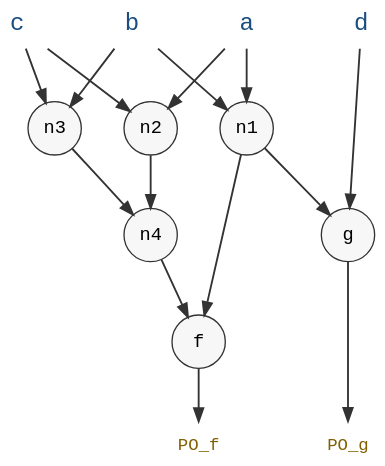
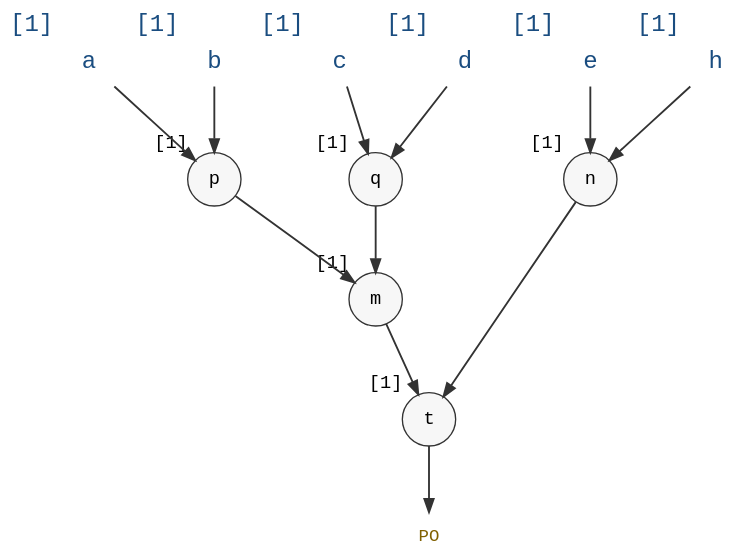
Before and after one commit to cyberseihis/abc-synthesis-notes: the diagram in viz/diagrams/mffc_demo.dot, drawn with Graphviz. The commit also changed 4 other files, not shown here.

```diff
--- a/viz/diagrams/mffc_demo.dot
+++ b/viz/diagrams/mffc_demo.dot
@@ -1,45 +1,47 @@
-// Circuit designed so MFFC(f) is a strict subset of internal ANDs.
-// n1 has fanout 2 (f and g), so it survives the deref of f → not in MFFC.
-// Other internal ANDs (n2, n3, n4) are private to f → in MFFC.
+// Circuit for the MFFC walkthrough.
+// Target node t. Cut for t is {p, q, e, h} — two internal ANDs (p, q)
+// and two PIs (e, h). The boost on cut leaves is what stops the deref
+// from walking past p and q into a, b, c, d.
+//
+// Every node carries an xlabel "[N]" where N is its initial fanout count.
+// Per-step textReplace updates each node's "name\n[count]" to animate
+// the counters as deref/ref decrements them.
 digraph mffc_demo {
     rankdir = TB
-    ranksep = 0.55
-    nodesep = 0.45
+    ranksep = 0.7
+    nodesep = 0.55
     bgcolor = "transparent"
     node [fontname = "monospace", fontsize = 14, color = "#333333"]
     edge [color = "#333333", penwidth = 1.4]
 
     { rank = source
-      a [id="node-a", label="a", shape=plaintext, fontsize=18, fontcolor="#1a4d80"]
-      b [id="node-b", label="b", shape=plaintext, fontsize=18, fontcolor="#1a4d80"]
-      c [id="node-c", label="c", shape=plaintext, fontsize=18, fontcolor="#1a4d80"]
-      d [id="node-d", label="d", shape=plaintext, fontsize=18, fontcolor="#1a4d80"]
+      a [id="node-a", label="a", xlabel="[1]", shape=plaintext, fontsize=18, fontcolor="#1a4d80"]
+      b [id="node-b", label="b", xlabel="[1]", shape=plaintext, fontsize=18, fontcolor="#1a4d80"]
+      c [id="node-c", label="c", xlabel="[1]", shape=plaintext, fontsize=18, fontcolor="#1a4d80"]
+      d [id="node-d", label="d", xlabel="[1]", shape=plaintext, fontsize=18, fontcolor="#1a4d80"]
+      e [id="node-e", label="e", xlabel="[1]", shape=plaintext, fontsize=18, fontcolor="#1a4d80"]
+      h [id="node-h", label="h", xlabel="[1]", shape=plaintext, fontsize=18, fontcolor="#1a4d80"]
     }
 
-    n1 [id="node-n1", label="n1", shape=circle, width=0.55, fixedsize=true, style=filled, fillcolor="#f7f7f7"]
-    n2 [id="node-n2", label="n2", shape=circle, width=0.55, fixedsize=true, style=filled, fillcolor="#f7f7f7"]
-    n3 [id="node-n3", label="n3", shape=circle, width=0.55, fixedsize=true, style=filled, fillcolor="#f7f7f7"]
-    n4 [id="node-n4", label="n4", shape=circle, width=0.55, fixedsize=true, style=filled, fillcolor="#f7f7f7"]
-    f  [id="node-f",  label="f",  shape=circle, width=0.55, fixedsize=true, style=filled, fillcolor="#f7f7f7"]
-    g  [id="node-g",  label="g",  shape=circle, width=0.55, fixedsize=true, style=filled, fillcolor="#f7f7f7"]
+    p [id="node-p", label="p", xlabel="[1]", shape=circle, width=0.55, fixedsize=true, style=filled, fillcolor="#f7f7f7"]
+    q [id="node-q", label="q", xlabel="[1]", shape=circle, width=0.55, fixedsize=true, style=filled, fillcolor="#f7f7f7"]
+    m [id="node-m", label="m", xlabel="[1]", shape=circle, width=0.55, fixedsize=true, style=filled, fillcolor="#f7f7f7"]
+    n [id="node-n", label="n", xlabel="[1]", shape=circle, width=0.55, fixedsize=true, style=filled, fillcolor="#f7f7f7"]
+    t [id="node-t", label="t", xlabel="[1]", shape=circle, width=0.55, fixedsize=true, style=filled, fillcolor="#f7f7f7"]
 
     { rank = sink
-      POf [id="node-POf", label="PO_f", shape=plaintext, fontsize=13, fontcolor="#806000"]
-      POg [id="node-POg", label="PO_g", shape=plaintext, fontsize=13, fontcolor="#806000"]
+      PO [id="node-PO", label="PO", shape=plaintext, fontsize=13, fontcolor="#806000"]
     }
 
-    a -> n1 [id="edge-a-n1"]
-    b -> n1 [id="edge-b-n1"]
-    a -> n2 [id="edge-a-n2"]
-    c -> n2 [id="edge-c-n2"]
-    b -> n3 [id="edge-b-n3"]
-    c -> n3 [id="edge-c-n3"]
-    n2 -> n4 [id="edge-n2-n4"]
-    n3 -> n4 [id="edge-n3-n4"]
-    n1 -> f  [id="edge-n1-f"]
-    n4 -> f  [id="edge-n4-f"]
-    n1 -> g  [id="edge-n1-g"]
-    d  -> g  [id="edge-d-g"]
-    f  -> POf [id="edge-f-POf"]
-    g  -> POg [id="edge-g-POg"]
+    a -> p [id="edge-a-p"]
+    b -> p [id="edge-b-p"]
+    c -> q [id="edge-c-q"]
+    d -> q [id="edge-d-q"]
+    p -> m [id="edge-p-m"]
+    q -> m [id="edge-q-m"]
+    e -> n [id="edge-e-n"]
+    h -> n [id="edge-h-n"]
+    m -> t [id="edge-m-t"]
+    n -> t [id="edge-n-t"]
+    t -> PO [id="edge-t-PO"]
 }
```
